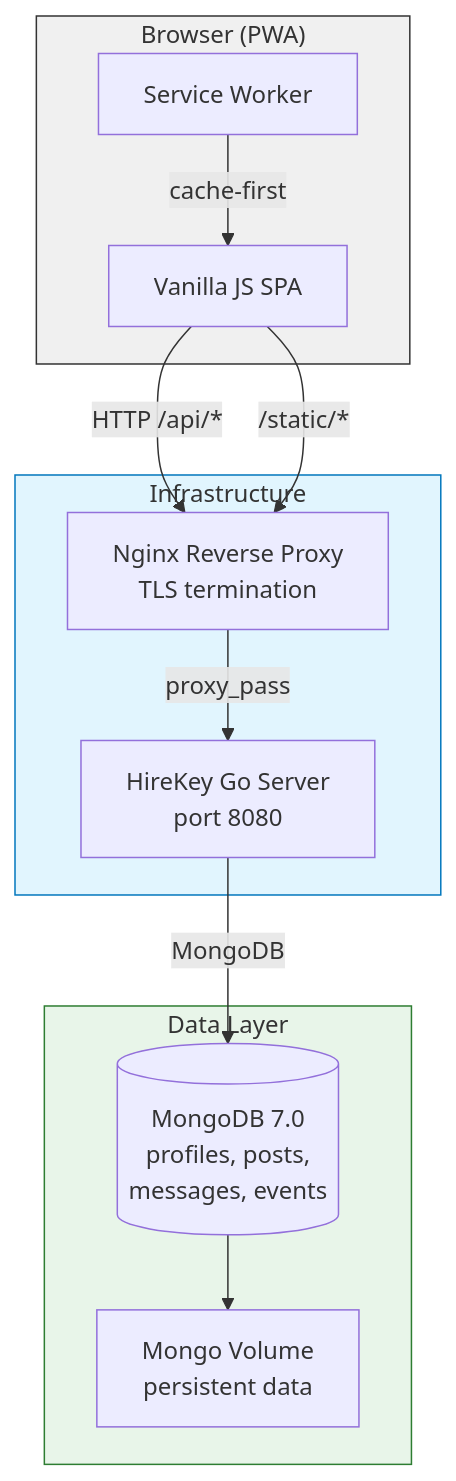
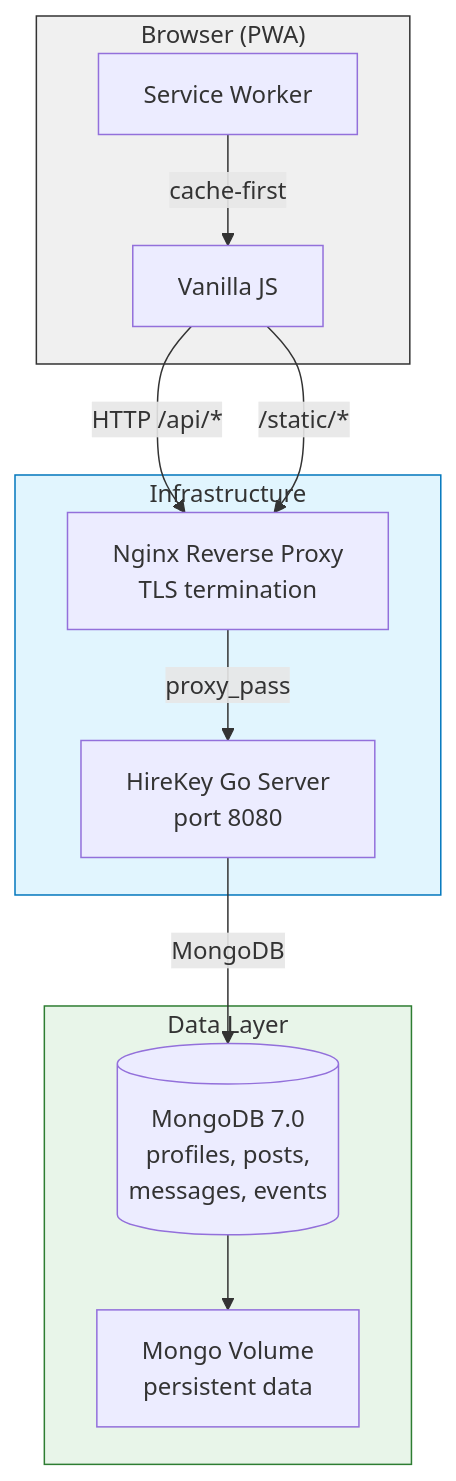
One commit to justin025/hirekey changed the diagram in README.md. Above: the diagram before and after it, drawn with Mermaid. The commit also changed other lines of this file and 5 other files, not shown here.

````diff
--- a/README.md
+++ b/README.md
@@ -54,28 +60,28 @@
 ```mermaid
 flowchart TD
     subgraph Client["Browser (PWA)"]
-        UI[Vanilla JS SPA]
+        UI[Vanilla JS]
         SW[Service Worker]
     end
 
     subgraph Infra["Infrastructure"]
         NGINX[Nginx Reverse Proxy\nTLS termination]
         APP[HireKey Go Server\nport 8080]
     end
 
     subgraph Storage["Data Layer"]
         MONGO[(MongoDB 7.0\nprofiles, posts,\nmessages, events)]
         VOL[Mongo Volume\npersistent data]
     end
 
     UI -->|HTTP /api/*| NGINX
     NGINX -->|proxy_pass| APP
     UI -->|/static/*| NGINX
     SW -->|cache-first| UI
     APP -->|MongoDB| MONGO
     MONGO --> VOL
 
     style Client fill:#f0f0f0,stroke:#333
     style Infra fill:#e1f5fe,stroke:#0277bd
     style Storage fill:#e8f5e9,stroke:#2e7d32
 ```
````
